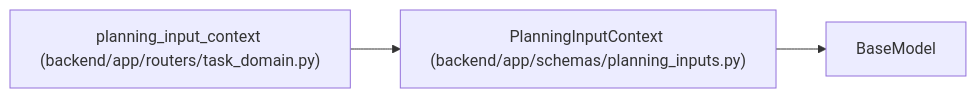
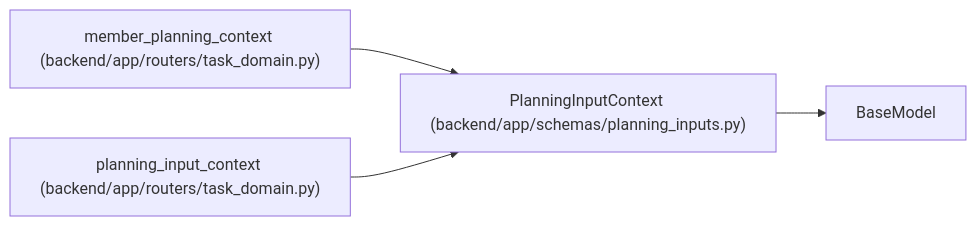
Before and after one commit to Denissvgn/WorkChord: the diagram in docs/llm_wiki/entities/PlanningInputContext.md, drawn with Mermaid. The commit also changed other lines of this file and 555 other files, not shown here.

````diff
--- a/docs/llm_wiki/entities/PlanningInputContext.md
+++ b/docs/llm_wiki/entities/PlanningInputContext.md
@@ -29,10 +29,13 @@
 ```mermaid
 flowchart LR
     n0["PlanningInputContext (backend/app/schemas/planning_inputs.py)"]
     n1["BaseModel"]
-    n2["planning_input_context (backend/app/routers/task_domain.py)"]
+    n2["member_planning_context (backend/app/routers/task_domain.py)"]
+    n3["planning_input_context (backend/app/routers/task_domain.py)"]
     n0 --> n1
     n2 --> n0
+    n3 --> n0
     click n0 "../modules/planning_inputs.md"
     click n2 "../modules/routers_task_domain.md"
+    click n3 "../modules/routers_task_domain.md"
 ```
````
